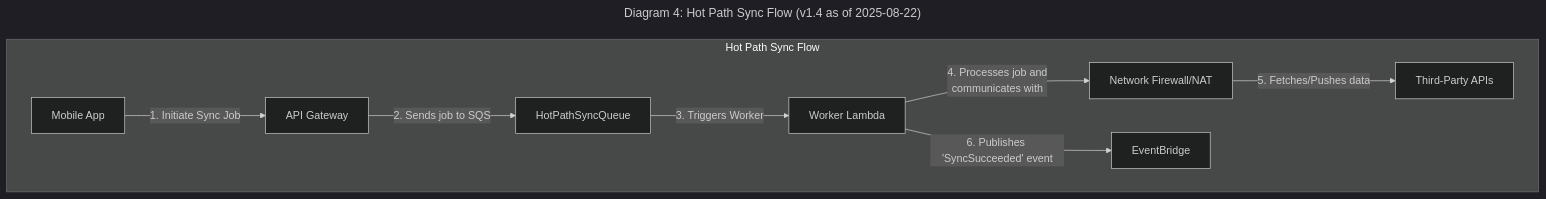
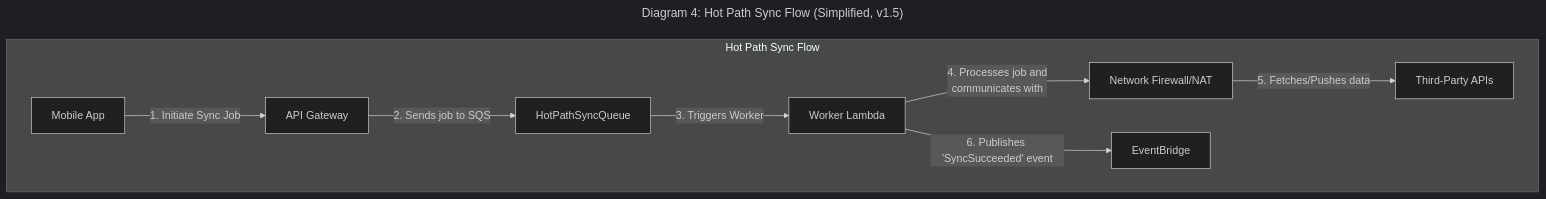
Before and after one commit to dino10bit/healthsync: diagram 11 of 15 in docs/architecture/06-technical-architecture.md, drawn with Mermaid (dark theme). The commit also changed other lines of this file, not shown here.

Commit message:
Decouple and refine architecture diagrams for clarity

````diff
--- a/docs/architecture/06-technical-architecture.md
+++ b/docs/architecture/06-technical-architecture.md
@@ -1227,14 +1245,14 @@
 ```mermaid
 ---
-title: "Diagram 4: Hot Path Sync Flow (v1.4 as of 2025-08-22)"
+title: "Diagram 4: Hot Path Sync Flow (Simplified, v1.5)"
 ---
 graph TD
     subgraph "Hot Path Sync Flow"
         A[Mobile App] -- "1. Initiate Sync Job" --> B[API Gateway]
         B -- "2. Sends job to SQS" --> SQS[HotPathSyncQueue]
         SQS -- "3. Triggers Worker" --> D[Worker Lambda]
         D -- "4. Processes job and<br>communicates with" --> F[Network Firewall/NAT]
         F -- "5. Fetches/Pushes data" --> E[Third-Party APIs]
         D -- "6. Publishes 'SyncSucceeded' event" --> C[EventBridge]
     end
 ```
````
